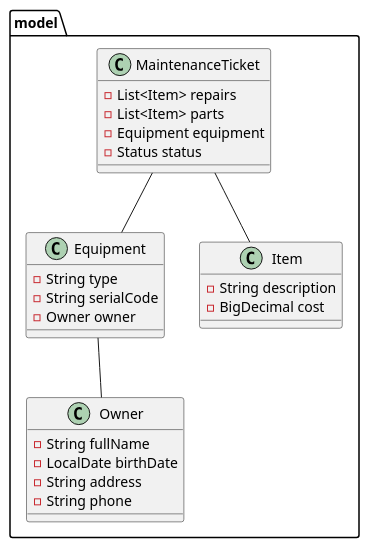
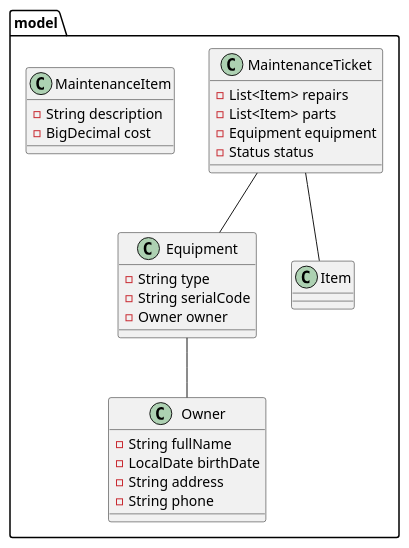
The second of 2 diagrams in README.md (radialserial/Mixer), drawn with PlantUML before and after one commit. The commit also changed other lines of this file, not shown here.

Commit message:
docs(README): rename item to maintenance item

````diff
--- a/README.md
+++ b/README.md
@@ -12,38 +12,38 @@
 ```plantuml
 @startuml
 
 package model {
 
     class Owner {
         - String fullName
         - LocalDate birthDate
         - String address
         - String phone
     }
 
     class Equipment {
         - String type
         - String serialCode
         - Owner owner
     }
 
     class MaintenanceTicket {
         - List<Item> repairs
         - List<Item> parts
         - Equipment equipment
         - Status status
     }
 
-    class Item {
+    class MaintenanceItem {
         - String description
         - BigDecimal cost
     }
 
     MaintenanceTicket -- Item
     MaintenanceTicket -- Equipment
     Equipment -- Owner
 
 }
 
 @enduml
 ```
````
